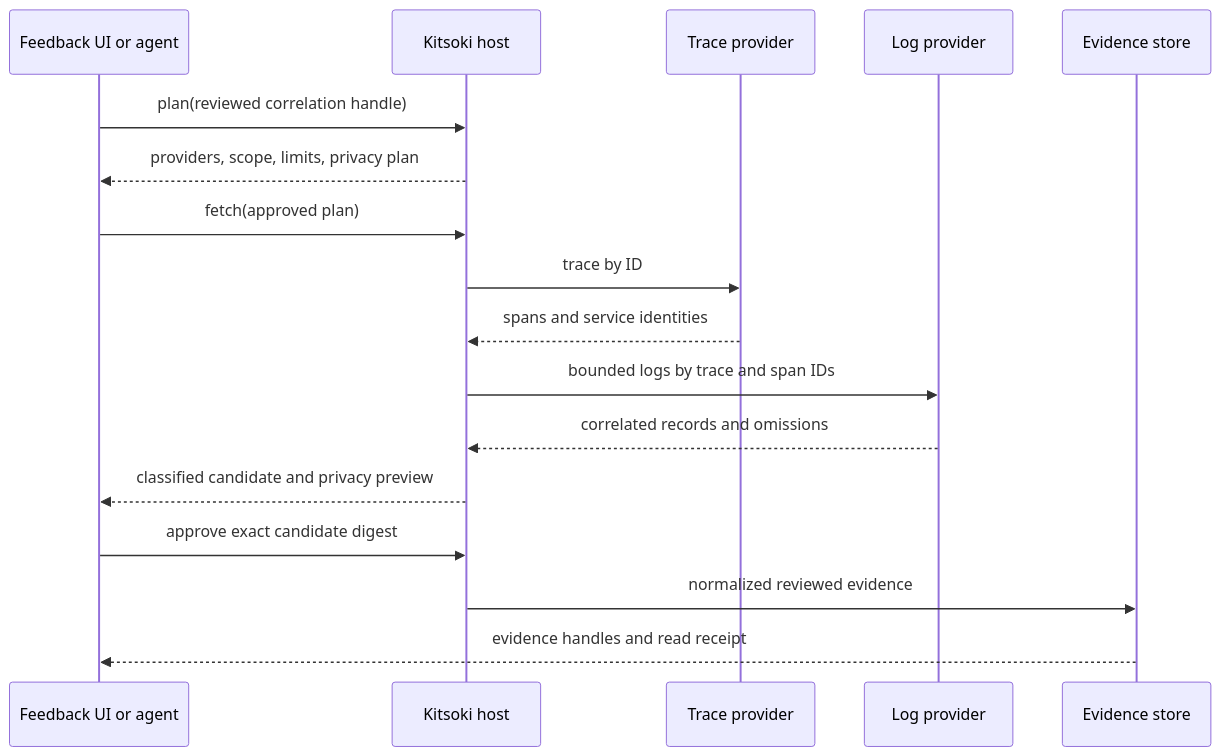
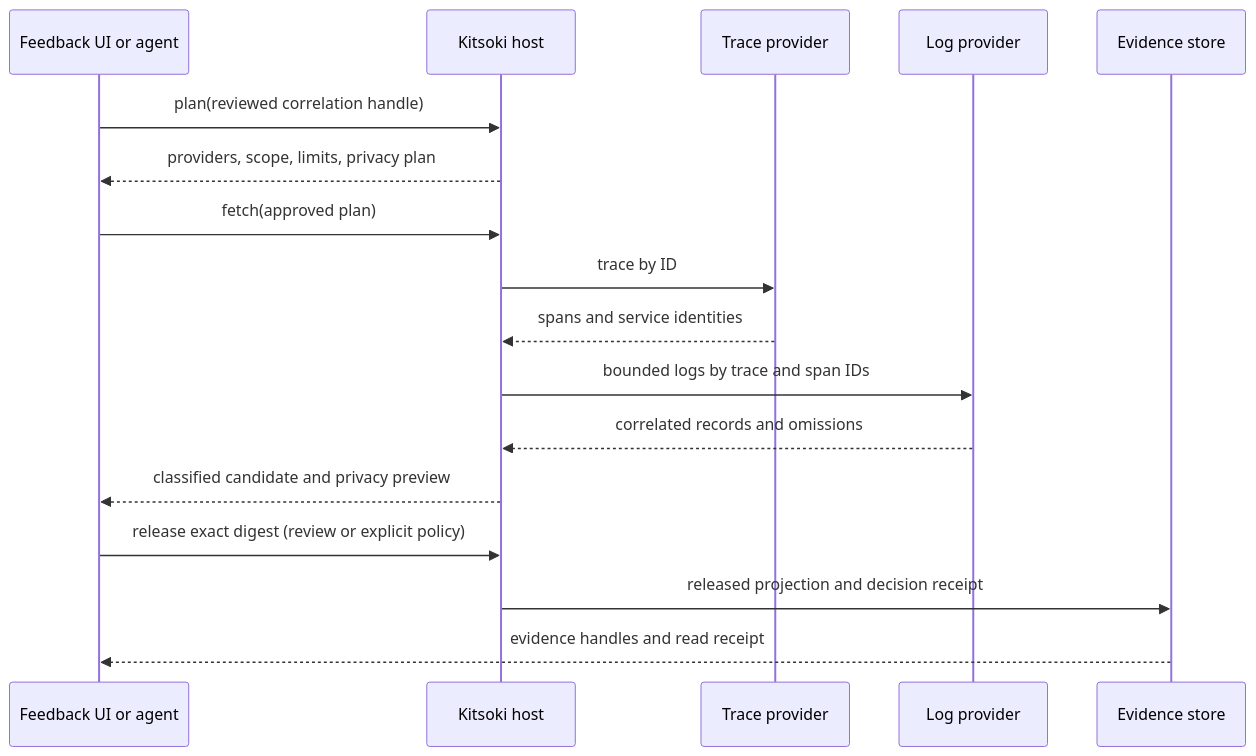
The second of 2 diagrams in docs/guide/08-observability-evidence.md (bsacrobatix/studio-sassfully), drawn with Mermaid before and after one commit. The commit also changed other lines of this file and 7 other files, not shown here.

````diff
--- a/docs/guide/08-observability-evidence.md
+++ b/docs/guide/08-observability-evidence.md
@@ -215,19 +236,19 @@
 ```mermaid
 sequenceDiagram
     participant UI as Feedback UI or agent
     participant Host as Kitsoki host
     participant Trace as Trace provider
     participant Logs as Log provider
     participant Store as Evidence store
     UI->>Host: plan(reviewed correlation handle)
     Host-->>UI: providers, scope, limits, privacy plan
     UI->>Host: fetch(approved plan)
     Host->>Trace: trace by ID
     Trace-->>Host: spans and service identities
     Host->>Logs: bounded logs by trace and span IDs
     Logs-->>Host: correlated records and omissions
     Host-->>UI: classified candidate and privacy preview
-    UI->>Host: approve exact candidate digest
-    Host->>Store: normalized reviewed evidence
+    UI->>Host: release exact digest (review or explicit policy)
+    Host->>Store: released projection and decision receipt
     Store-->>UI: evidence handles and read receipt
 ```
````
